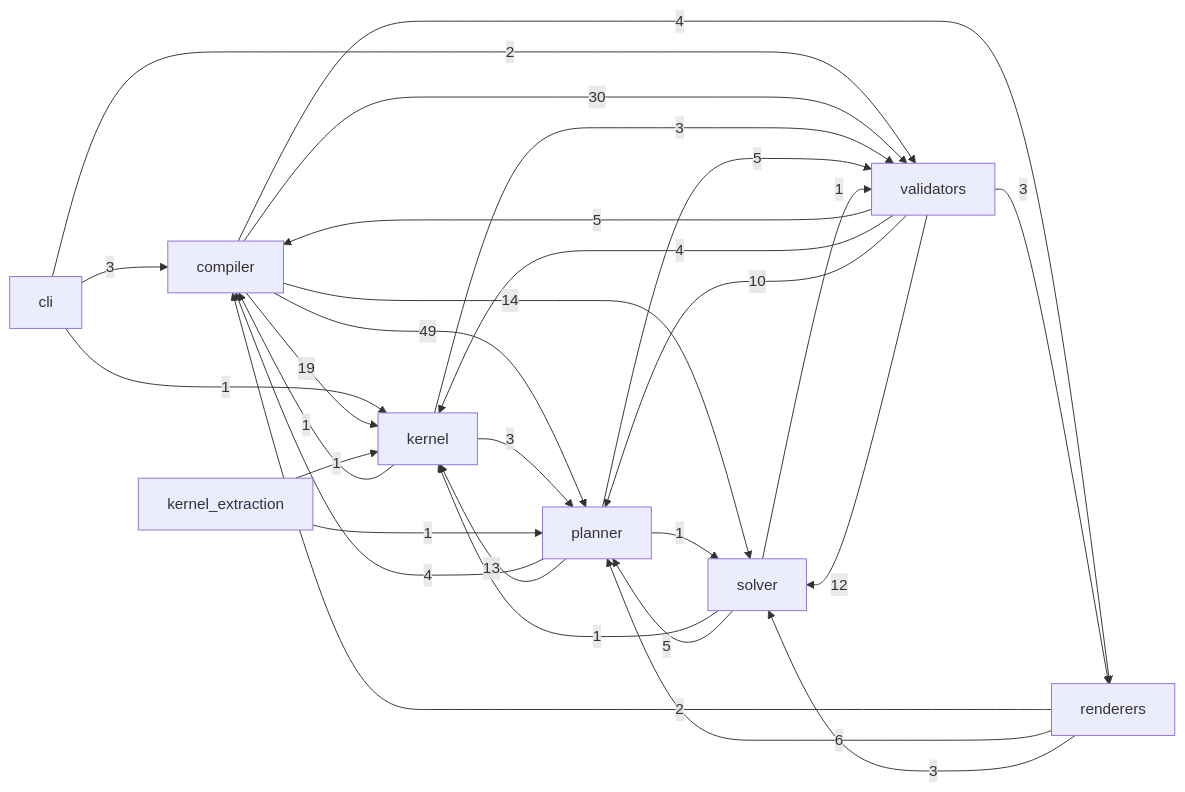
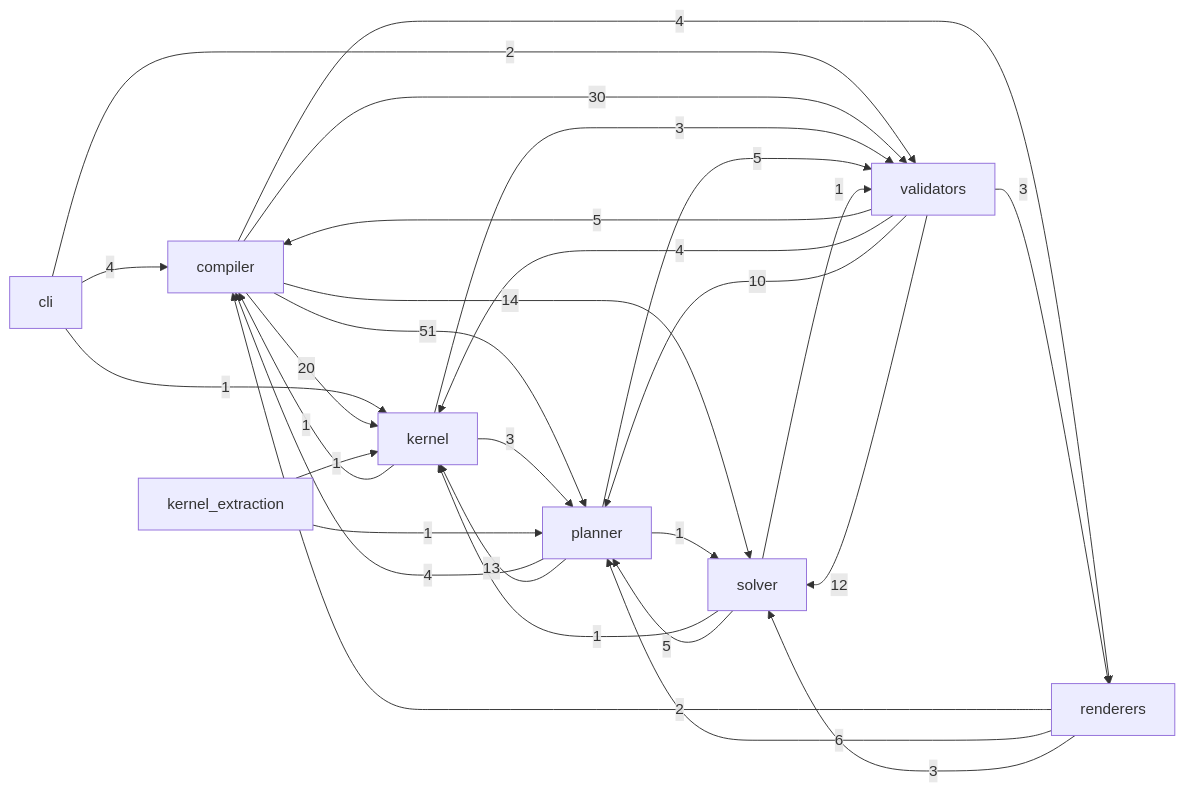
Before and after one commit to Kingsley-Cyber/cinematic-compiler-core: the diagram in docs/reference/code.md, drawn with Mermaid. The commit also changed other lines of this file and 12 other files, not shown here.

````diff
--- a/docs/reference/code.md
+++ b/docs/reference/code.md
@@ -15,31 +15,31 @@
 ```mermaid
 flowchart LR
-  cli -->|3| compiler
+  cli -->|4| compiler
   cli -->|1| kernel
   cli -->|2| validators
-  compiler -->|19| kernel
-  compiler -->|49| planner
+  compiler -->|20| kernel
+  compiler -->|51| planner
   compiler -->|4| renderers
   compiler -->|14| solver
   compiler -->|30| validators
   kernel -->|1| compiler
   kernel -->|3| planner
   kernel -->|3| validators
   kernel_extraction -->|1| kernel
   kernel_extraction -->|1| planner
   planner -->|4| compiler
   planner -->|13| kernel
   planner -->|1| solver
   planner -->|5| validators
   renderers -->|2| compiler
   renderers -->|6| planner
   renderers -->|3| solver
   solver -->|1| kernel
   solver -->|5| planner
   solver -->|1| validators
   validators -->|5| compiler
   validators -->|4| kernel
   validators -->|10| planner
   validators -->|3| renderers
   validators -->|12| solver
 ```
````
